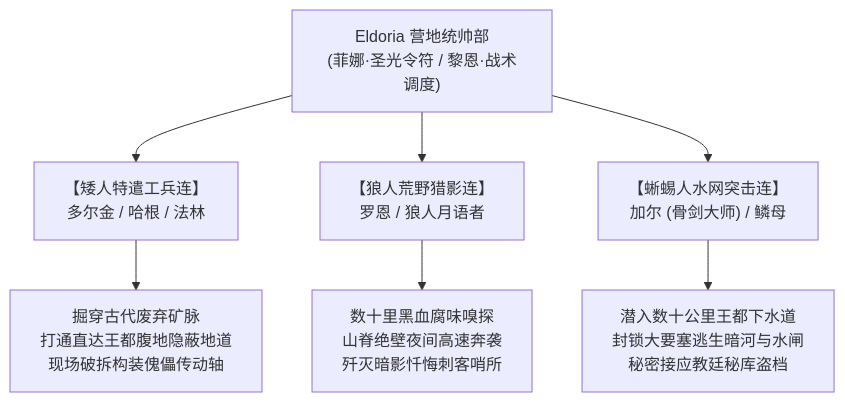
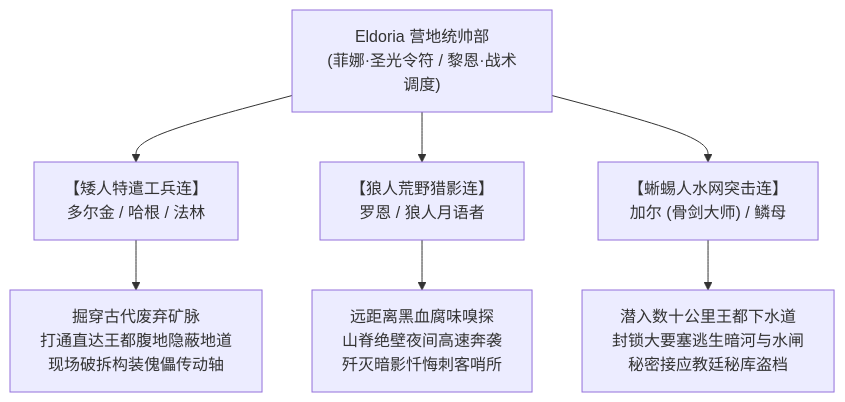
The diagram in 方案/第二部/主线与世界扩充方案/05_营地五族跨境联动与特遣支援方案.md (soranokiseki1437/eldoria-worldbook), drawn with Mermaid before and after one commit. The commit also changed other lines of this file and 43 other files, not shown here.

````diff
--- a/方案/第二部/主线与世界扩充方案/05_营地五族跨境联动与特遣支援方案.md
+++ b/方案/第二部/主线与世界扩充方案/05_营地五族跨境联动与特遣支援方案.md
@@ -25,12 +25,12 @@
 ```mermaid
 graph TD
     Camp["Eldoria 营地统帅部<br/>(菲娜·圣光令符 / 黎恩·战术调度)"]
     
     Camp --> Dwarf["【矮人特遣工兵连】<br/>多尔金 / 哈根 / 法林"]
     Camp --> Wolf["【狼人荒野猎影连】<br/>罗恩 / 狼人月语者"]
     Camp --> Lizard["【蜥蜴人水网突击连】<br/>加尔 (骨剑大师) / 鳞母"]
 
     Dwarf --> D_Act["掘穿古代废弃矿脉<br/>打通直达王都腹地隐蔽地道<br/>现场破拆构装傀儡传动轴"]
-    Wolf --> W_Act["数十里黑血腐味嗅探<br/>山脊绝壁夜间高速奔袭<br/>歼灭暗影忏悔刺客哨所"]
+    Wolf --> W_Act["远距离黑血腐味嗅探<br/>山脊绝壁夜间高速奔袭<br/>歼灭暗影忏悔刺客哨所"]
     Lizard --> L_Act["潜入数十公里王都下水道<br/>封锁大要塞逃生暗河与水闸<br/>秘密接应教廷秘库盗档"]
 ```
````
